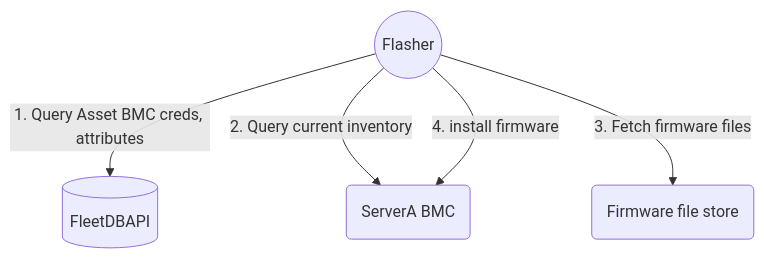
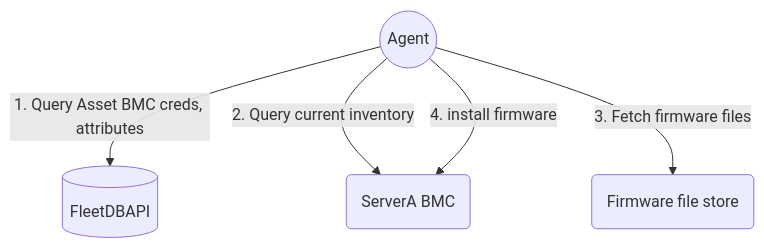
Before and after one commit to metal-automata/agent: the diagram in README.md, drawn with Mermaid. The commit also changed other lines of this file and 112 other files, not shown here.

First line of the commit message:
Rework flasher as a generic agent to handle all bare metal actions

````diff
--- a/README.md
+++ b/README.md
@@ -43,7 +44,7 @@
 ```mermaid
 graph TB
-  a((Flasher))-- 1. Query Asset BMC creds, attributes -->ss[(FleetDBAPI)]
-  a((Flasher))-- 2. Query current inventory -->sb(ServerA BMC)
-  a((Flasher))-- 3. Fetch firmware files -->sa(Firmware file store)
-  a((Flasher))-- 4. install firmware -->sb(ServerA BMC)
+  a((Agent))-- 1. Query Asset BMC creds, attributes -->ss[(FleetDBAPI)]
+  a((Agent))-- 2. Query current inventory -->sb(ServerA BMC)
+  a((Agent))-- 3. Fetch firmware files -->sa(Firmware file store)
+  a((Agent))-- 4. install firmware -->sb(ServerA BMC)
 ```
````
